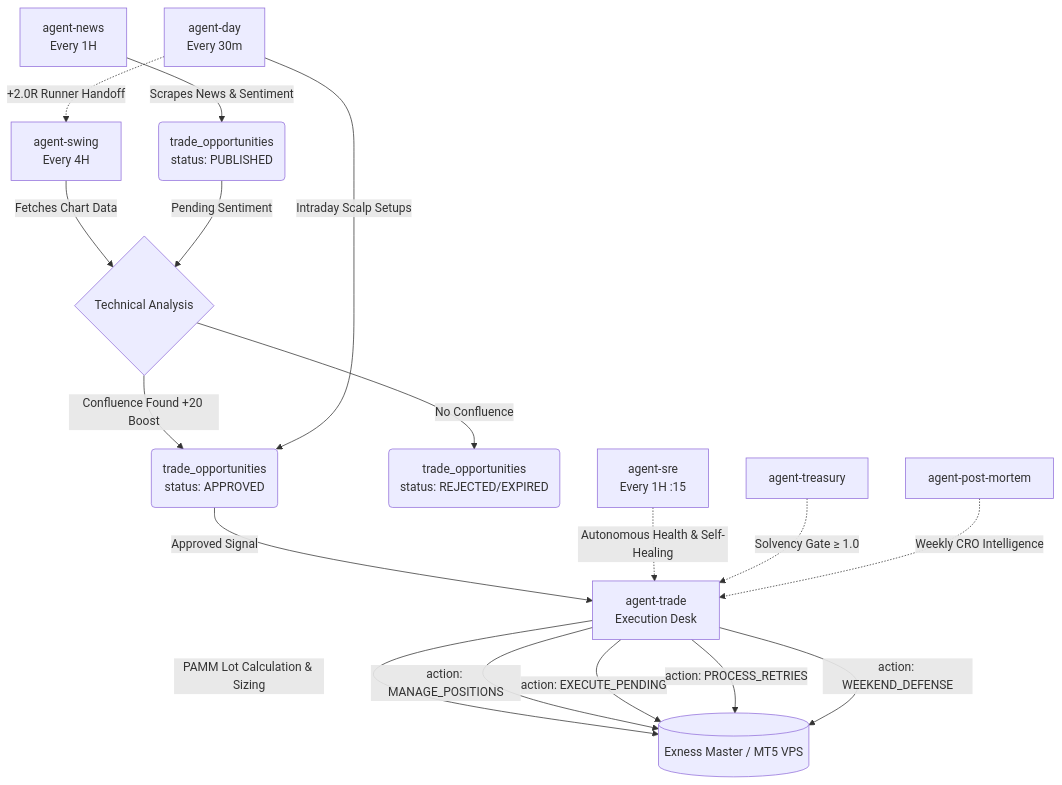
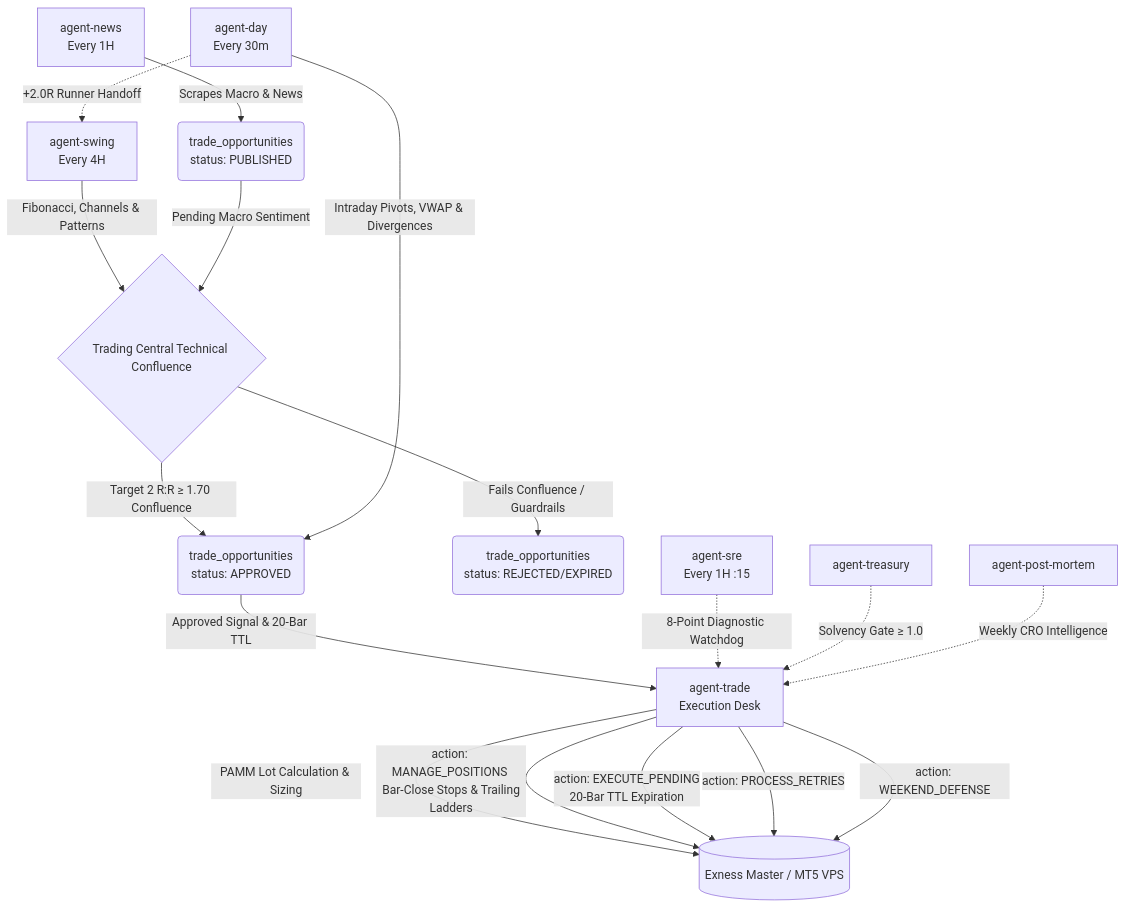
Before and after one commit to rainesoft/invest: the diagram in docs/Multi Agent Architecture.md, drawn with Mermaid. The commit also changed other lines of this file and 3 other files, not shown here.

Commit message:
docs(architecture): update Multi Agent Architecture, System Health Checklist, and skills for Trading Central institutional framework

````diff
--- a/docs/Multi Agent Architecture.md
+++ b/docs/Multi Agent Architecture.md
@@ -78,23 +132,23 @@
 ```mermaid
 graph TD
-    A[agent-news <br> Every 1H] -->|Scrapes News & Sentiment| B(trade_opportunities <br> status: PUBLISHED)
-    C[agent-swing <br> Every 4H] -->|Fetches Chart Data| D{Technical Analysis}
-    B -->|Pending Sentiment| D
-    D -->|Confluence Found +20 Boost| E(trade_opportunities <br> status: APPROVED)
-    D -->|No Confluence| F(trade_opportunities <br> status: REJECTED/EXPIRED)
+    A[agent-news <br> Every 1H] -->|Scrapes Macro & News| B(trade_opportunities <br> status: PUBLISHED)
+    C[agent-swing <br> Every 4H] -->|Fibonacci, Channels & Patterns| D{Trading Central Technical Confluence}
+    B -->|Pending Macro Sentiment| D
+    D -->|Target 2 R:R ≥ 1.70 Confluence| E(trade_opportunities <br> status: APPROVED)
+    D -->|Fails Confluence / Guardrails| F(trade_opportunities <br> status: REJECTED/EXPIRED)
     
-    J[agent-day <br> Every 30m] -->|Intraday Scalp Setups| E
+    J[agent-day <br> Every 30m] -->|Intraday Pivots, VWAP & Divergences| E
     J -.->|+2.0R Runner Handoff| C
     
-    E -->|Approved Signal| G[agent-trade <br> Execution Desk]
+    E -->|Approved Signal & 20-Bar TTL| G[agent-trade <br> Execution Desk]
     G -->|PAMM Lot Calculation & Sizing| H[(Exness Master / MT5 VPS)]
     
-    G -->|action: MANAGE_POSITIONS| H
-    G -->|action: EXECUTE_PENDING| H
+    G -->|action: MANAGE_POSITIONS <br> Bar-Close Stops & Trailing Ladders| H
+    G -->|action: EXECUTE_PENDING <br> 20-Bar TTL Expiration| H
     G -->|action: PROCESS_RETRIES| H
     G -->|action: WEEKEND_DEFENSE| H
     
-    SRE[agent-sre <br> Every 1H :15] -.->|Autonomous Health & Self-Healing| G
+    SRE[agent-sre <br> Every 1H :15] -.->|8-Point Diagnostic Watchdog| G
     TREASURY[agent-treasury] -.->|Solvency Gate ≥ 1.0| G
     POSTMORTEM[agent-post-mortem] -.->|Weekly CRO Intelligence| G
 ```
````
